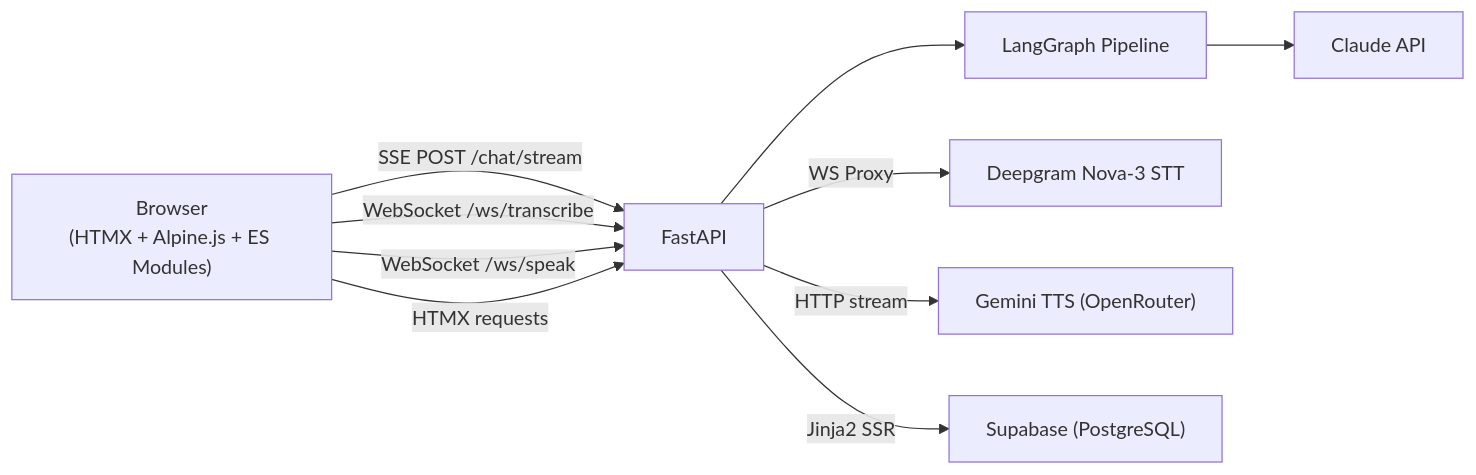
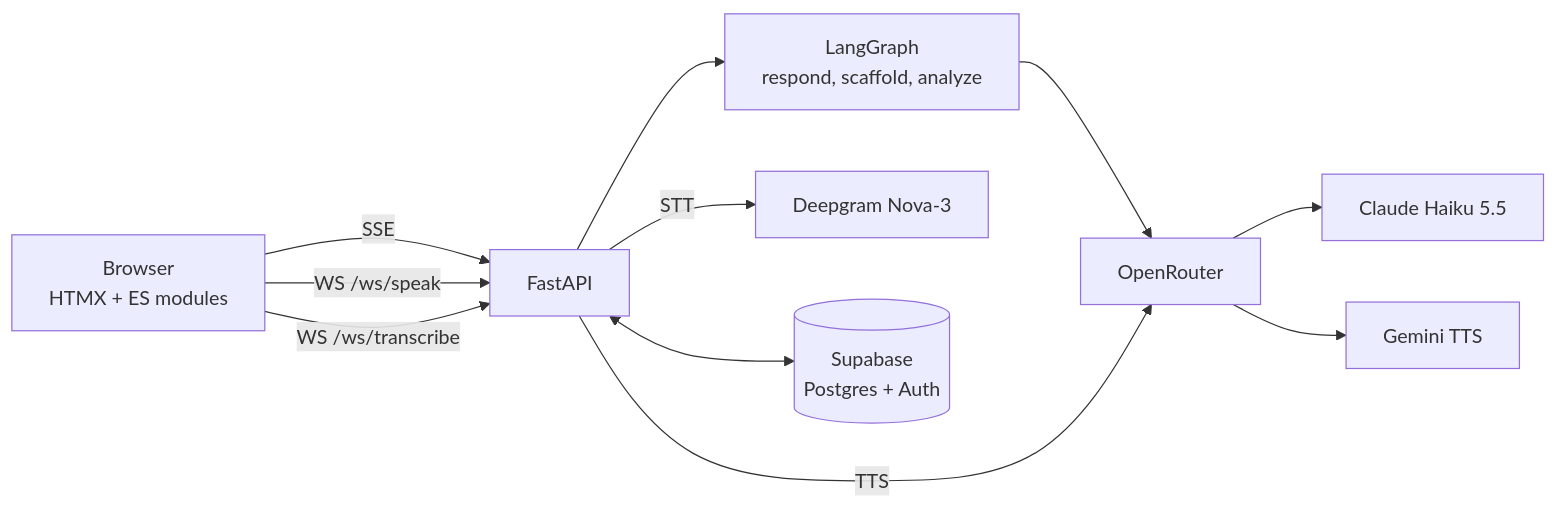
One commit to darth-dodo/habla-hermano changed the second of 2 diagrams in README.md. Above: the diagram before and after it, drawn with Mermaid. The commit also changed other lines of this file and 10 other files, not shown here.

````diff
--- a/README.md
+++ b/README.md
@@ -163,15 +58,10 @@
 ```mermaid
 graph LR
-    B["Browser<br/>(HTMX + Alpine.js + ES Modules)"]
-    F["FastAPI"]
-    LG["LangGraph Pipeline"]
-    C["Claude API"]
-    DG_STT["Deepgram Nova-3 STT"]
-    TTS["Gemini TTS (OpenRouter)"]
-    DB["Supabase (PostgreSQL)"]
-
-    B -- "SSE POST /chat/stream" --> F --> LG --> C
-    B -- "WebSocket /ws/transcribe" --> F -- "WS Proxy" --> DG_STT
-    B -- "WebSocket /ws/speak" --> F -- "HTTP stream" --> TTS
-    B -- "HTMX requests" --> F -- "Jinja2 SSR" --> DB
+    B["Browser<br/>HTMX + ES modules"] -- "SSE" --> F["FastAPI"]
+    F --> LG["LangGraph<br/>respond, scaffold, analyze"]
+    LG --> OR["OpenRouter"]
+    OR --> H["Claude Haiku 5.5"]
+    B -- "WS /ws/speak" --> F -- "TTS" --> OR --> G["Gemini TTS"]
+    B -- "WS /ws/transcribe" --> F -- "STT" --> DG["Deepgram Nova-3"]
+    F <--> DB[("Supabase<br/>Postgres + Auth")]
 ```
````
